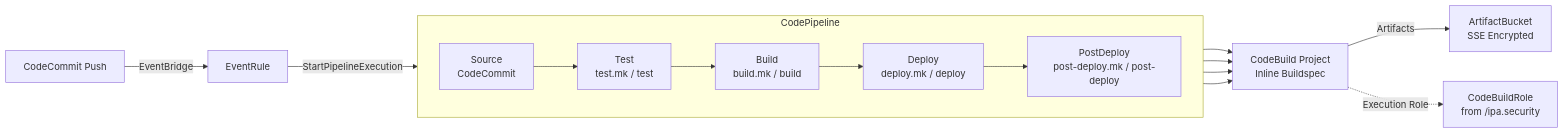
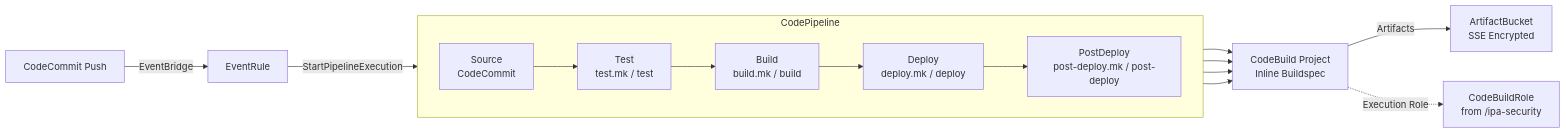
Before and after one commit to aws-samples/sample-innovation-patterns: the diagram in docs/docs/stacks/codepipeline/deployment-arch.md, drawn with Mermaid. The commit also changed other lines of this file and 112 other files, not shown here.

````diff
--- a/docs/docs/stacks/codepipeline/deployment-arch.md
+++ b/docs/docs/stacks/codepipeline/deployment-arch.md
@@ -10,20 +10,20 @@
 ```mermaid
 graph LR
     Push[CodeCommit Push] -->|EventBridge| EB[EventRule]
     EB -->|StartPipelineExecution| Pipeline
 
     subgraph Pipeline[CodePipeline]
         direction LR
         Source[Source<br/>CodeCommit] --> Test[Test<br/>test.mk / test]
         Test --> Build[Build<br/>build.mk / build]
         Build --> Deploy[Deploy<br/>deploy.mk / deploy]
         Deploy --> PostDeploy[PostDeploy<br/>post-deploy.mk / post-deploy]
     end
 
     Test --> CB[CodeBuild Project<br/>Inline Buildspec]
     Build --> CB
     Deploy --> CB
     PostDeploy --> CB
     CB -->|Artifacts| S3[ArtifactBucket<br/>SSE Encrypted]
-    CB -.->|Execution Role| IAM[CodeBuildRole<br/>from /ipa.security]
+    CB -.->|Execution Role| IAM[CodeBuildRole<br/>from /ipa-security]
 ```
````
